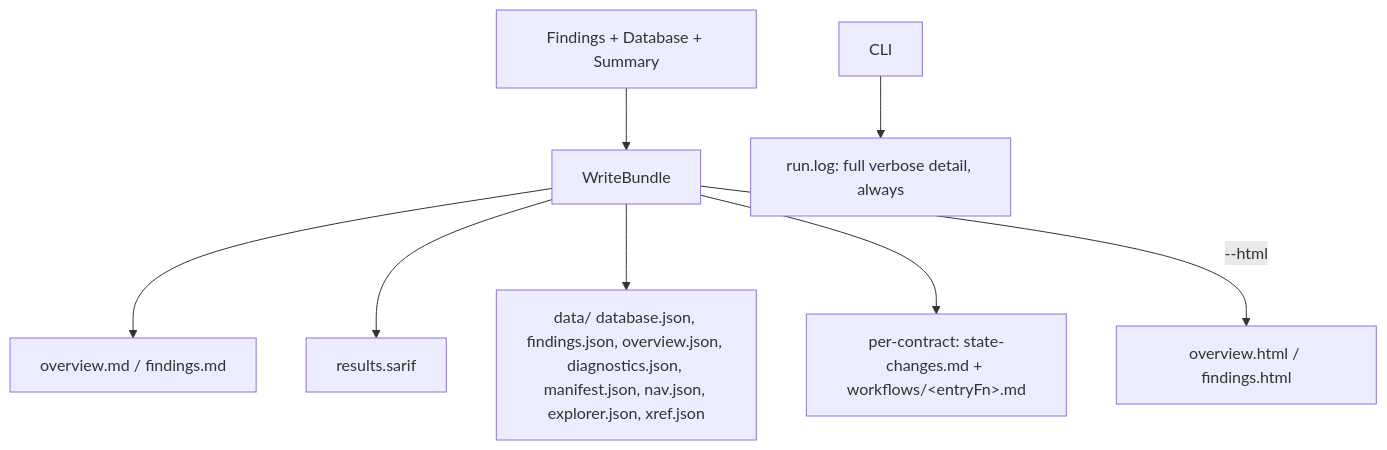
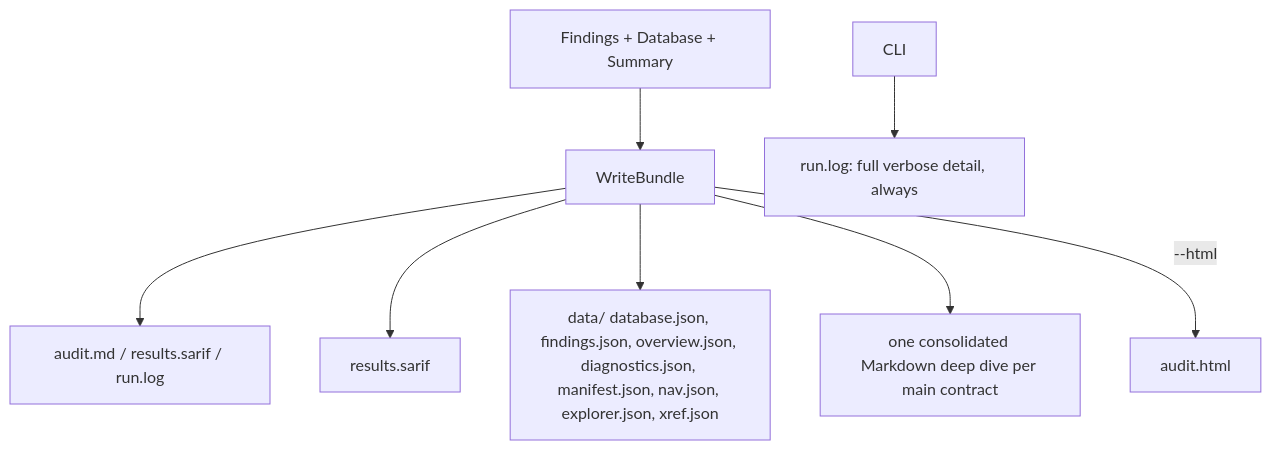
One commit to th13vn/w3goaudit changed the fourth of 8 diagrams in docs/workflows.md. Above: the diagram before and after it, drawn with Mermaid. The commit also changed other lines of this file and 13 other files, not shown here.

````diff
--- a/docs/workflows.md
+++ b/docs/workflows.md
@@ -263,10 +263,10 @@
 ```mermaid
 graph TD
     A[Findings + Database + Summary] --> B[WriteBundle]
-    B --> C[overview.md / findings.md]
+    B --> C[audit.md / results.sarif / run.log]
     B --> D[results.sarif]
     B --> E[data/ database.json, findings.json, overview.json, diagnostics.json, manifest.json, nav.json, explorer.json, xref.json]
-    B --> F["per-contract: state-changes.md + workflows/&lt;entryFn&gt;.md"]
-    B -->|--html| G[overview.html / findings.html]
+    B --> F[one consolidated Markdown deep dive per main contract]
+    B -->|--html| G[audit.html]
     H[CLI] --> I[run.log: full verbose detail, always]
 ```
````
